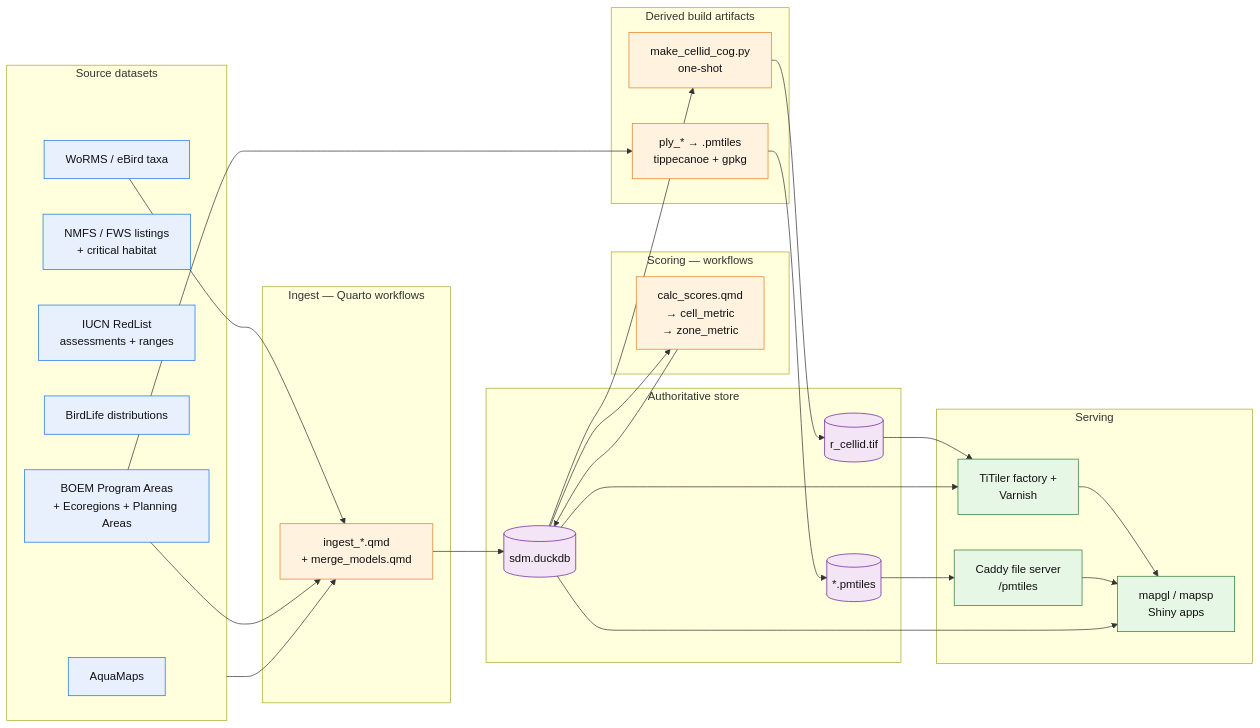
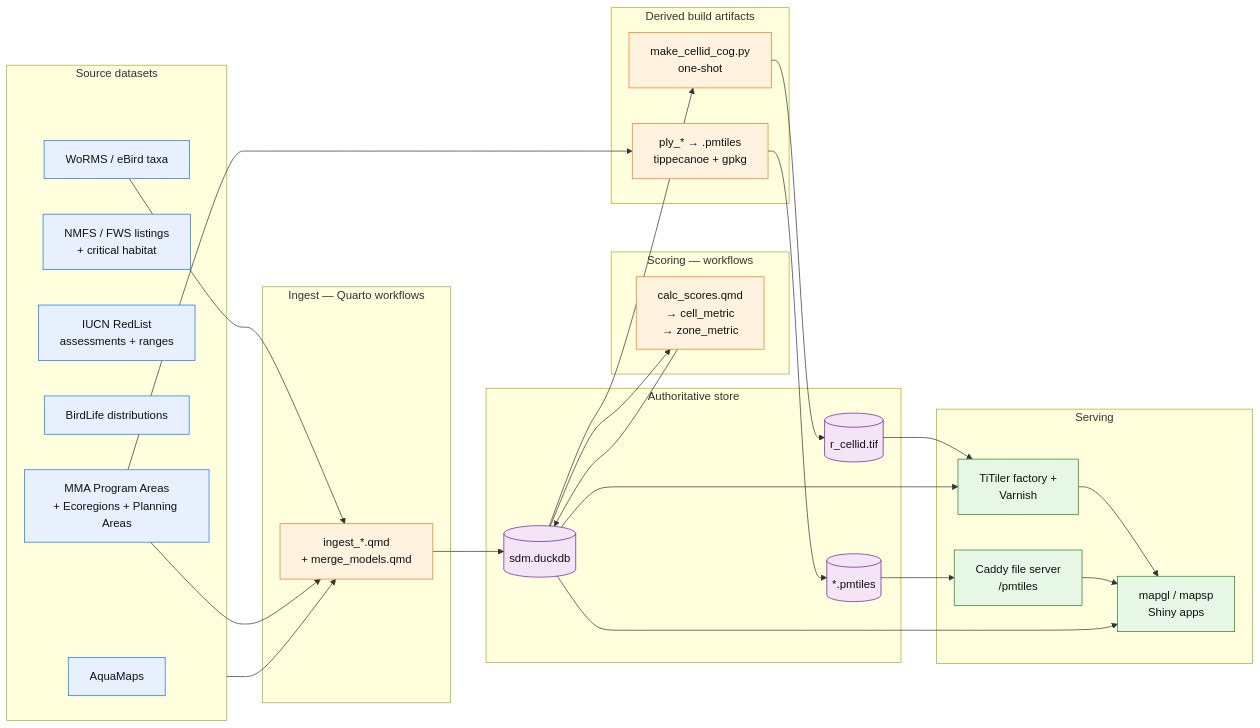
The diagram in diagrams/data-pipeline.mmd (MarineSensitivity/docs), drawn with Mermaid before and after one commit. The commit also changed 26 other files, not shown here.

First line of the commit message:
BOEM -> MMA across the book (Marine Minerals Administration, formerly BOEM)

```diff
--- a/diagrams/data-pipeline.mmd
+++ b/diagrams/data-pipeline.mmd
@@ -1,54 +1,54 @@
 flowchart LR
   classDef src    fill:#e8f0fe,stroke:#1a73e8,color:#111;
   classDef proc   fill:#fff3e0,stroke:#e67e22,color:#111;
   classDef store  fill:#f3e5f5,stroke:#6a1b9a,color:#111;
   classDef served fill:#e6f7e6,stroke:#2e7d32,color:#111;
 
   subgraph sources[Source datasets]
     AM[AquaMaps]:::src
     NMFS[NMFS / FWS listings<br/>+ critical habitat]:::src
     IUCN[IUCN RedList<br/>assessments + ranges]:::src
     BL[BirdLife distributions]:::src
     Taxa[WoRMS / eBird taxa]:::src
-    Zones[BOEM Program Areas<br/>+ Ecoregions + Planning Areas]:::src
+    Zones[MMA Program Areas<br/>+ Ecoregions + Planning Areas]:::src
   end
 
   subgraph ingest[Ingest — Quarto workflows]
     IQ[ingest_*.qmd<br/>+ merge_models.qmd]:::proc
   end
 
   subgraph score[Scoring — workflows]
     CS[calc_scores.qmd<br/>→ cell_metric<br/>→ zone_metric]:::proc
   end
 
   subgraph build[Derived build artifacts]
     COG[make_cellid_cog.py<br/>one-shot]:::proc
     PM[ply_* → .pmtiles<br/>tippecanoe + gpkg]:::proc
   end
 
   subgraph authoritative[Authoritative store]
     DB[(sdm.duckdb)]:::store
     CID[(r_cellid.tif)]:::store
     PMF[(*.pmtiles)]:::store
   end
 
   subgraph serving[Serving]
     TF[TiTiler factory +<br/>Varnish]:::served
     FS[Caddy file server<br/>/pmtiles]:::served
     APP[mapgl / mapsp<br/>Shiny apps]:::served
   end
 
   sources --> IQ --> DB
   Taxa    --> IQ
   Zones   --> IQ
   DB --> CS --> DB
   DB --> COG --> CID
   Zones --> PM --> PMF
   CID --> TF
   DB  --> TF
   PMF --> FS
   TF  --> APP
   FS  --> APP
   DB  --> APP
 
 %% mmdc -i diagrams/data-pipeline.mmd --theme default --backgroundColor transparent --scale 8 -o diagrams/data-pipeline.png
```
